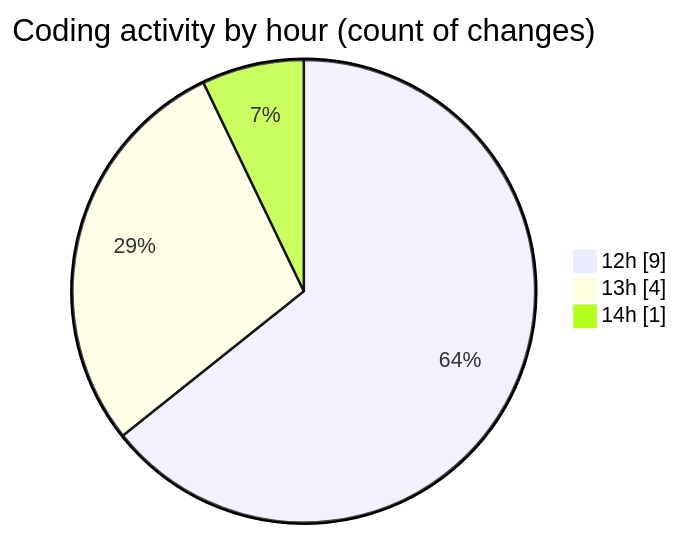
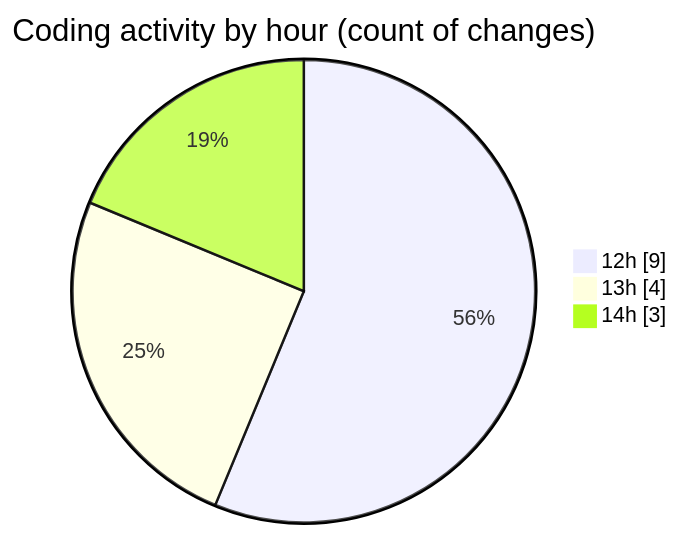
One commit to momahboobian/code-tracking changed the second of 2 diagrams in 2025-06-11/cda/README.md. Above: the diagram before and after it, drawn with Mermaid. The commit also changed other lines of this file and 1 other file, not shown here.

````diff
--- a/2025-06-11/cda/README.md
+++ b/2025-06-11/cda/README.md
@@ -34,7 +35,7 @@
 ```mermaid
 pie showData
 title Coding activity by hour (count of changes)
 "12h" : 9
 "13h" : 4
-"14h" : 1
+"14h" : 3
 ```
````
